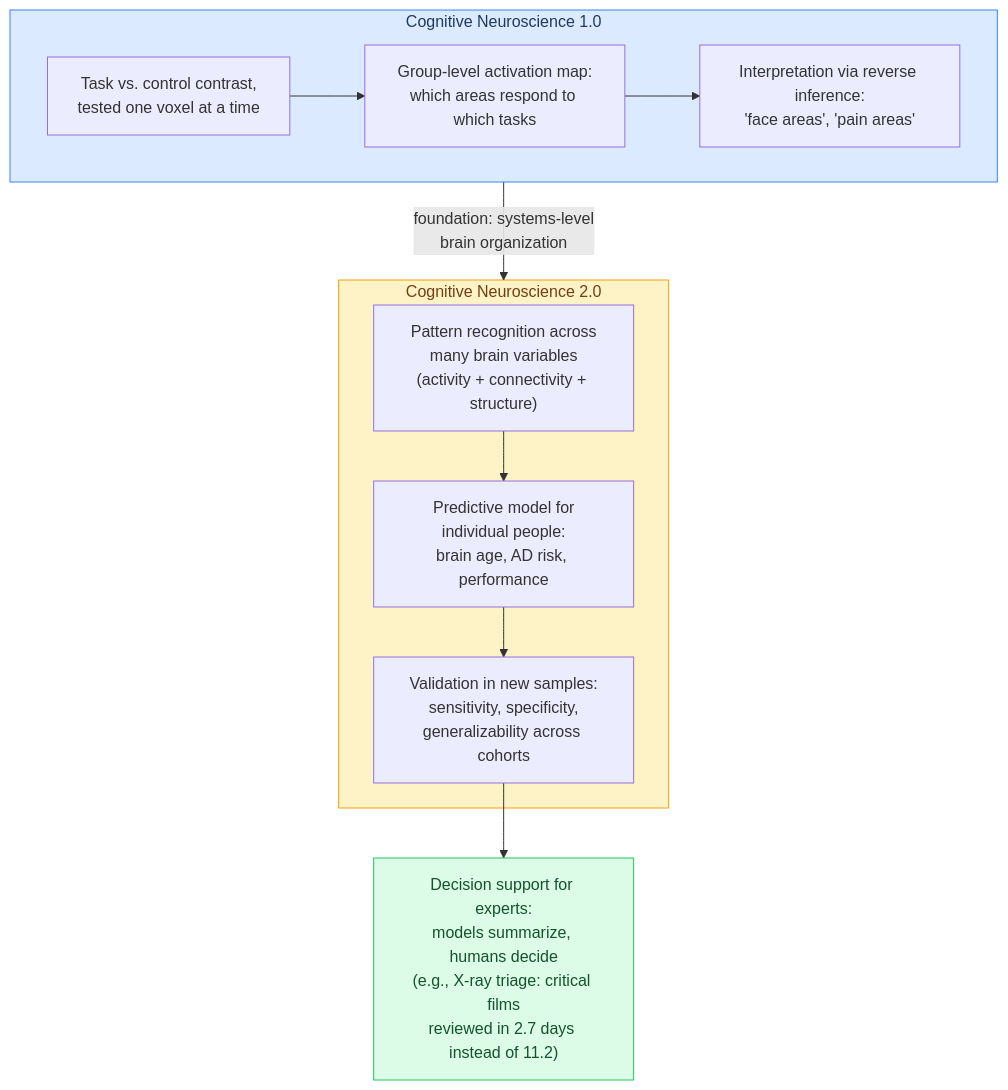
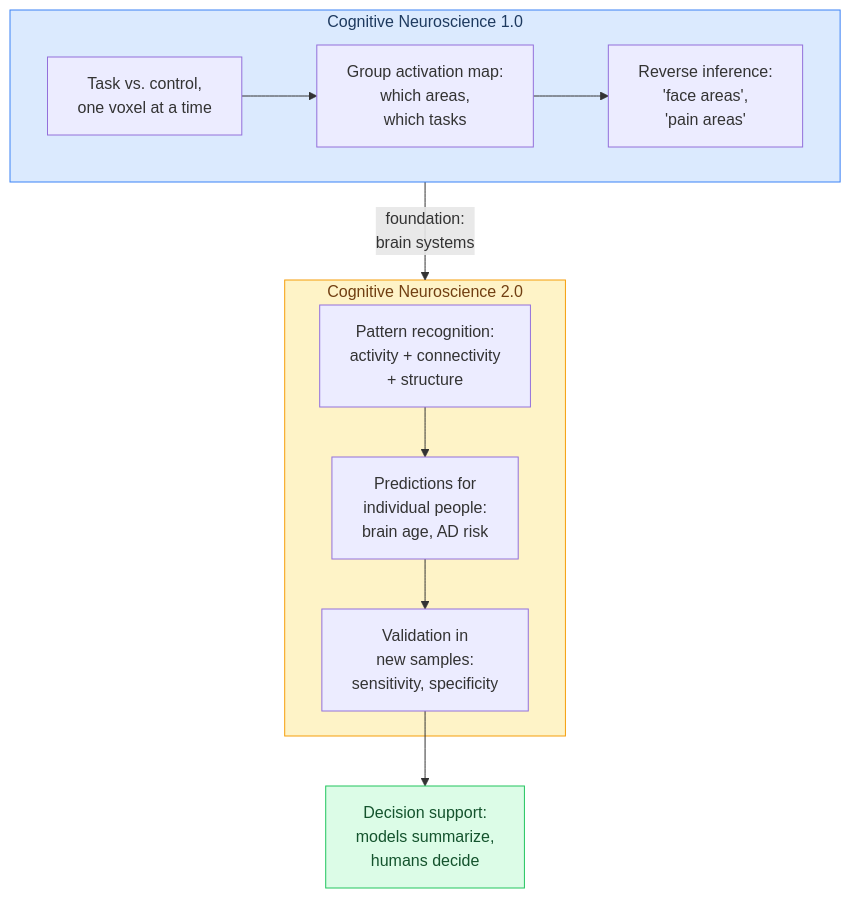
Before and after one commit to torwager/elements-of-fmri-tutorials: the diagram in part2/ch09-contrasting-statistical-mapping-with-traditional.md, drawn with Mermaid. The commit also changed other lines of this file and 64 other files, not shown here.

First line of the commit message:
Polish batch A (ch 1-21): equation where-lines + hover tooltips, verbose comments, example outputs, resource links, figure rights + fixes, mermaid cleanup

````diff
--- a/part2/ch09-contrasting-statistical-mapping-with-traditional.md
+++ b/part2/ch09-contrasting-statistical-mapping-with-traditional.md
@@ -58,16 +59,16 @@
 ```{mermaid}
 flowchart TD
     subgraph CN1["Cognitive Neuroscience 1.0"]
-        A["Task vs. control contrast,<br/>tested one voxel at a time"] --> B["Group-level activation map:<br/>which areas respond to which tasks"]
-        B --> C["Interpretation via reverse inference:<br/>'face areas', 'pain areas'"]
+        A["Task vs. control,<br/>one voxel at a time"] --> B["Group activation map:<br/>which areas,<br/>which tasks"]
+        B --> C["Reverse inference:<br/>'face areas',<br/>'pain areas'"]
     end
     subgraph CN2["Cognitive Neuroscience 2.0"]
-        D["Pattern recognition across<br/>many brain variables<br/>(activity + connectivity + structure)"] --> E["Predictive model for<br/>individual people:<br/>brain age, AD risk, performance"]
-        E --> F["Validation in new samples:<br/>sensitivity, specificity,<br/>generalizability across cohorts"]
+        D["Pattern recognition:<br/>activity + connectivity<br/>+ structure"] --> E["Predictions for<br/>individual people:<br/>brain age, AD risk"]
+        E --> F["Validation in<br/>new samples:<br/>sensitivity, specificity"]
     end
-    CN1 -->|"foundation: systems-level<br/>brain organization"| CN2
-    F --> G["Decision support for experts:<br/>models summarize, humans decide<br/>(e.g., X-ray triage: critical films<br/>reviewed in 2.7 days instead of 11.2)"]
+    CN1 -->|"foundation:<br/>brain systems"| CN2
+    F --> G["Decision support:<br/>models summarize,<br/>humans decide"]
     style CN1 fill:#dbeafe,stroke:#3b82f6,color:#1e3a5f
     style CN2 fill:#fef3c7,stroke:#f59e0b,color:#713f12
     style G fill:#dcfce7,stroke:#22c55e,color:#14532d
 ```
````
